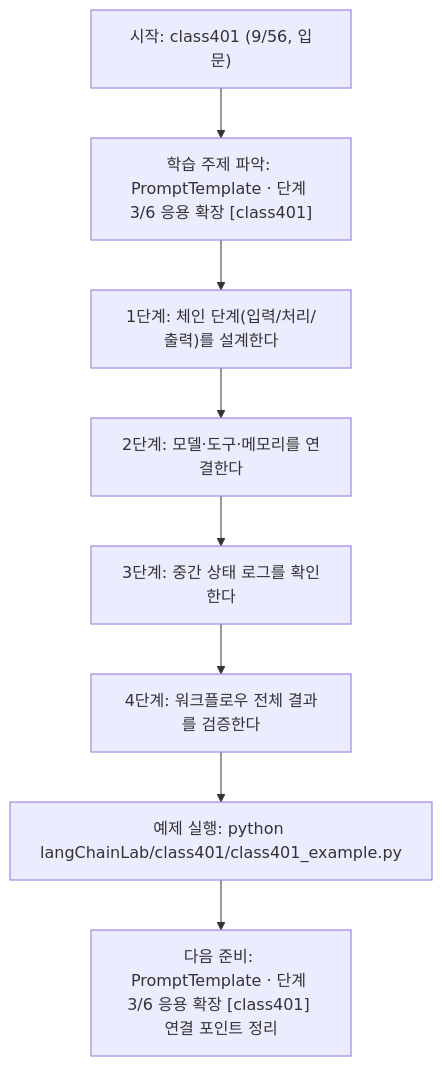
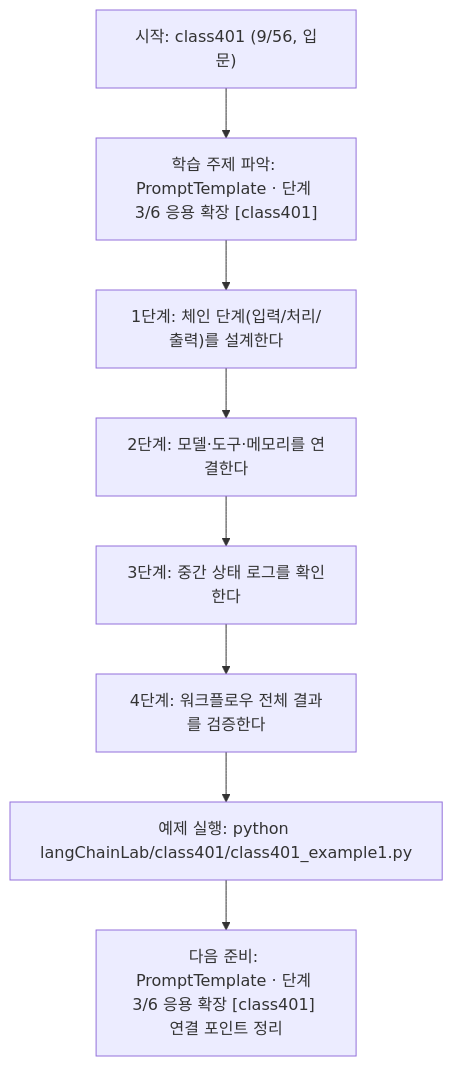
One commit to edumgt/Python-AI_Agent-Class changed the diagram in langChainLab/class401/class401.md. Above: the diagram before and after it, drawn with Mermaid. The commit also changed other lines of this file and 2959 other files, not shown here.

````diff
--- a/langChainLab/class401/class401.md
+++ b/langChainLab/class401/class401.md
@@ -108,18 +108,18 @@
 ```mermaid
 flowchart TD
 N1["시작: class401 (9/56, 입문)"]
 N2["학습 주제 파악: PromptTemplate · 단계 3/6 응용 확장 [class401]"]
 N3["1단계: 체인 단계(입력/처리/출력)를 설계한다"]
 N4["2단계: 모델·도구·메모리를 연결한다"]
 N5["3단계: 중간 상태 로그를 확인한다"]
 N6["4단계: 워크플로우 전체 결과를 검증한다"]
-N7["예제 실행: python langChainLab/class401/class401_example.py"]
+N7["예제 실행: python langChainLab/class401/class401_example1.py"]
 N8["다음 준비: PromptTemplate · 단계 3/6 응용 확장 [class401] 연결 포인트 정리"]
 N1 --> N2
 N2 --> N3
 N3 --> N4
 N4 --> N5
 N5 --> N6
 N6 --> N7
 N7 --> N8
 ```
````
